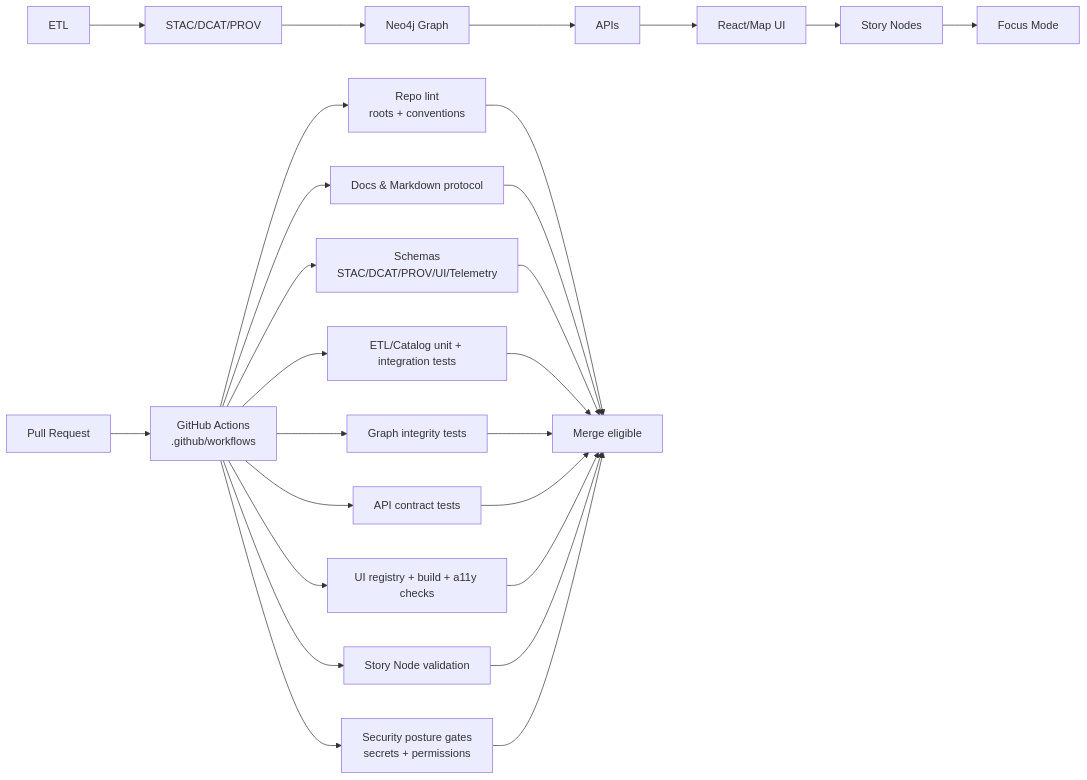
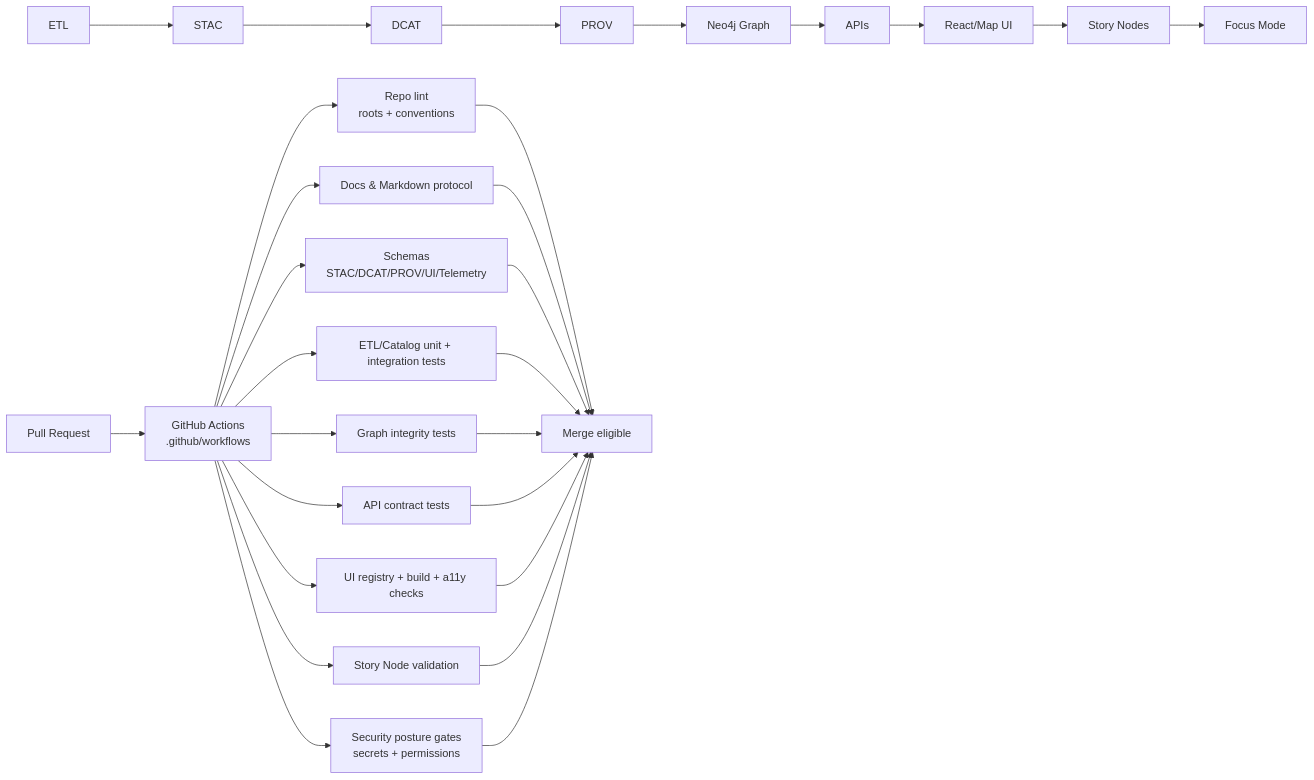
Before and after one commit to bartytime4life/Kansas-Frontier-Matrix: the first of 2 diagrams in .github/README.md, drawn with Mermaid. The commit also changed other lines of this file, not shown here.

```diff
--- a/.github/README.md
+++ b/.github/README.md
@@ -288,26 +323,26 @@
 ~~~mermaid
 flowchart LR
   PR[Pull Request] --> CI[GitHub Actions<br/>.github/workflows]
 
   CI --> LINT[Repo lint<br/>roots + conventions]
   CI --> DOCS[Docs & Markdown protocol]
   CI --> SCHEMA[Schemas<br/>STAC/DCAT/PROV/UI/Telemetry]
   CI --> PIPE[ETL/Catalog unit + integration tests]
   CI --> GRAPH[Graph integrity tests]
   CI --> API[API contract tests]
   CI --> UI[UI registry + build + a11y checks]
   CI --> STORY[Story Node validation]
   CI --> SEC[Security posture gates<br/>secrets + permissions]
 
-  ETL[ETL] --> CATS[STAC/DCAT/PROV] --> N4J[Neo4j Graph] --> APIS[APIs] --> WEB[React/Map UI] --> SN[Story Nodes] --> FM[Focus Mode]
+  ETL[ETL] --> STAC[STAC] --> DCAT[DCAT] --> PROV[PROV] --> N4J[Neo4j Graph] --> APIS[APIs] --> WEB[React/Map UI] --> SN[Story Nodes] --> FM[Focus Mode]
 
   LINT --> OK[Merge eligible]
   DOCS --> OK
   SCHEMA --> OK
   PIPE --> OK
   GRAPH --> OK
   API --> OK
   UI --> OK
   STORY --> OK
   SEC --> OK
 ~~~
```
